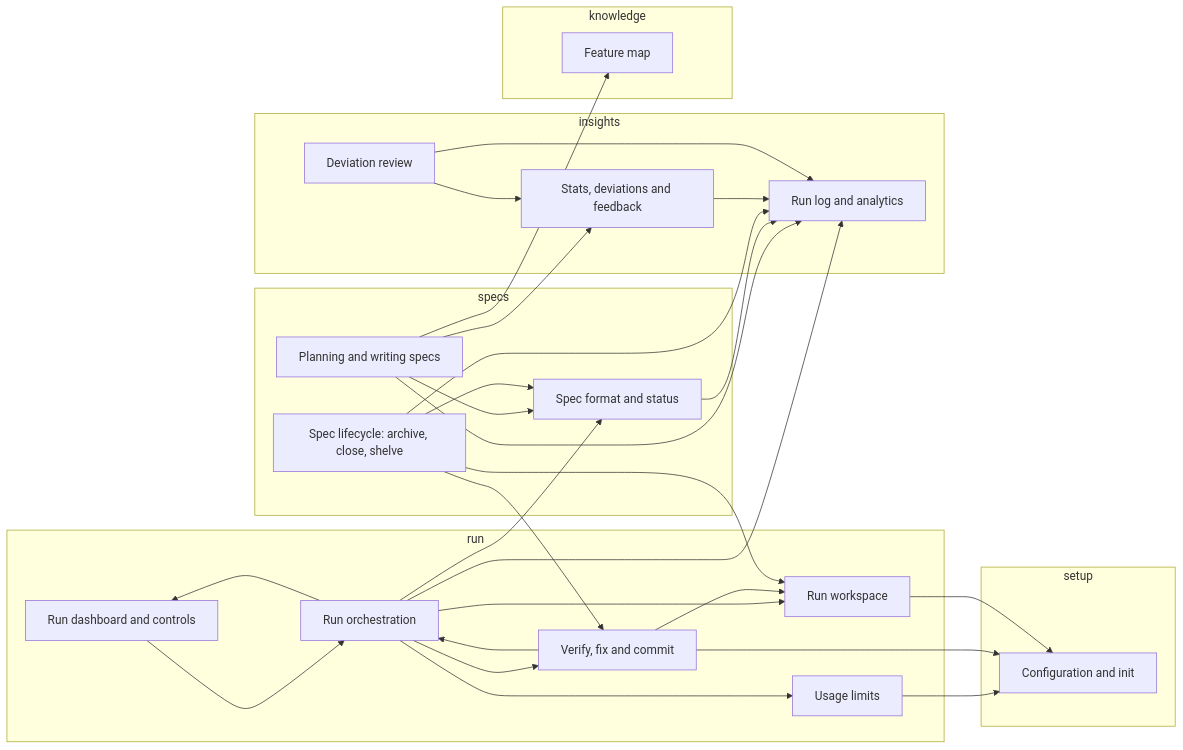
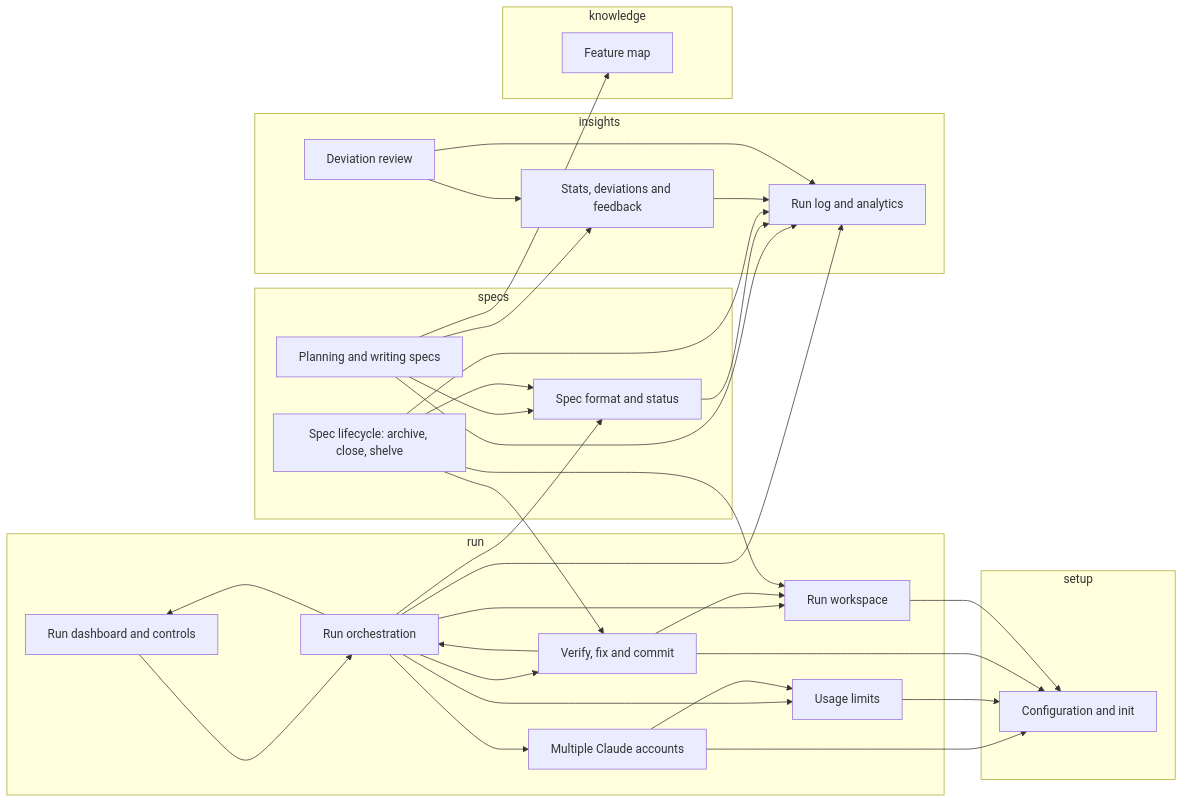
One commit to mirimCZ/specrun changed the diagram in docs/features/README.md. Above: the diagram before and after it, drawn with Mermaid. The commit also changed other lines of this file and 10 other files, not shown here.

First line of the commit message:
docs(features): add run/accounts and update features touched by 004-multi-account (MA-10)

````diff
--- a/docs/features/README.md
+++ b/docs/features/README.md
@@ -6,50 +6,54 @@
 ```mermaid
 flowchart LR
   subgraph run
+    run_accounts["Multiple Claude accounts"]
     run_dashboard["Run dashboard and controls"]
     run_limits["Usage limits"]
     run_orchestration["Run orchestration"]
     run_verify_commit["Verify, fix and commit"]
     run_workspace["Run workspace"]
   end
   subgraph specs
     specs_authoring["Planning and writing specs"]
     specs_format["Spec format and status"]
     specs_lifecycle["Spec lifecycle: archive, close, shelve"]
   end
   subgraph insights
     insights_run_log["Run log and analytics"]
     insights_stats["Stats, deviations and feedback"]
     insights_review["Deviation review"]
   end
   subgraph knowledge
     knowledge_feature_map["Feature map"]
   end
   subgraph setup
     setup_config["Configuration and init"]
   end
   run_orchestration --> run_workspace
   run_orchestration --> run_verify_commit
   run_orchestration --> run_limits
   run_orchestration --> run_dashboard
+  run_orchestration --> run_accounts
   run_orchestration --> specs_format
   run_orchestration --> insights_run_log
   run_dashboard --> run_orchestration
+  run_accounts --> setup_config
+  run_accounts --> run_limits
   run_limits --> setup_config
   run_verify_commit --> run_orchestration
   run_verify_commit --> run_workspace
   run_verify_commit --> setup_config
   run_workspace --> setup_config
   specs_authoring --> specs_format
   specs_authoring --> insights_run_log
   specs_authoring --> insights_stats
   specs_authoring --> knowledge_feature_map
   specs_format --> insights_run_log
   specs_lifecycle --> specs_format
   specs_lifecycle --> run_workspace
   specs_lifecycle --> run_verify_commit
   specs_lifecycle --> insights_run_log
   insights_stats --> insights_run_log
   insights_review --> insights_run_log
   insights_review --> insights_stats
 ```
````
